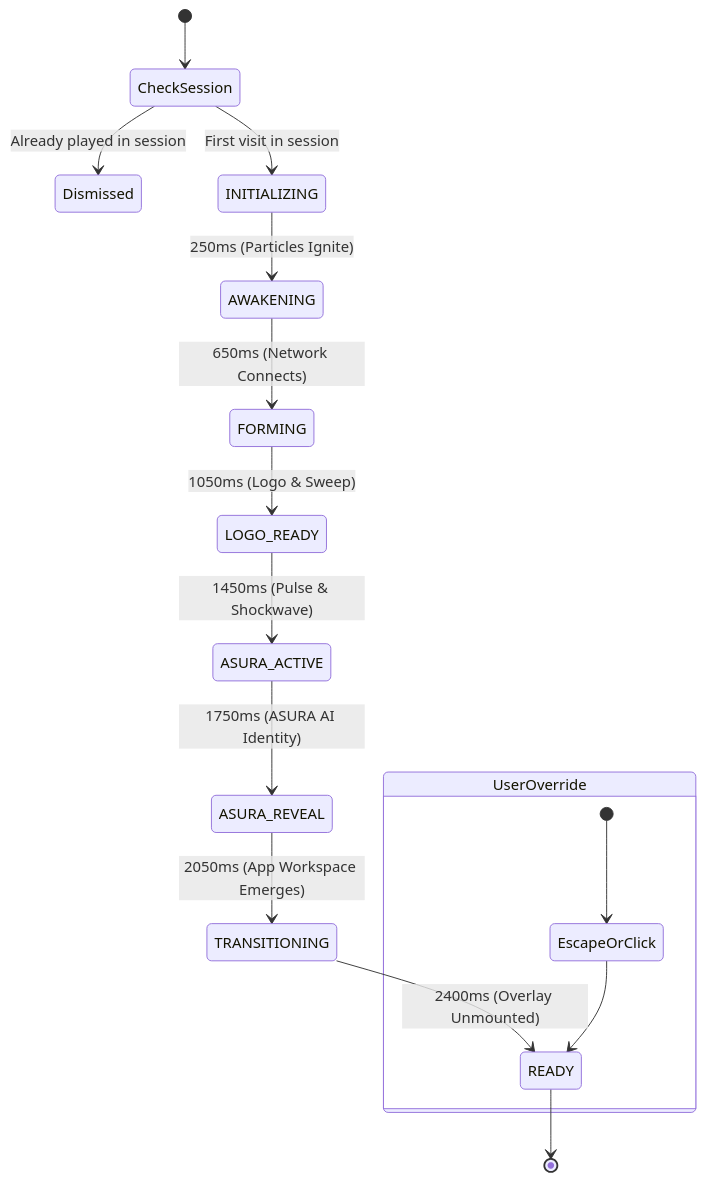
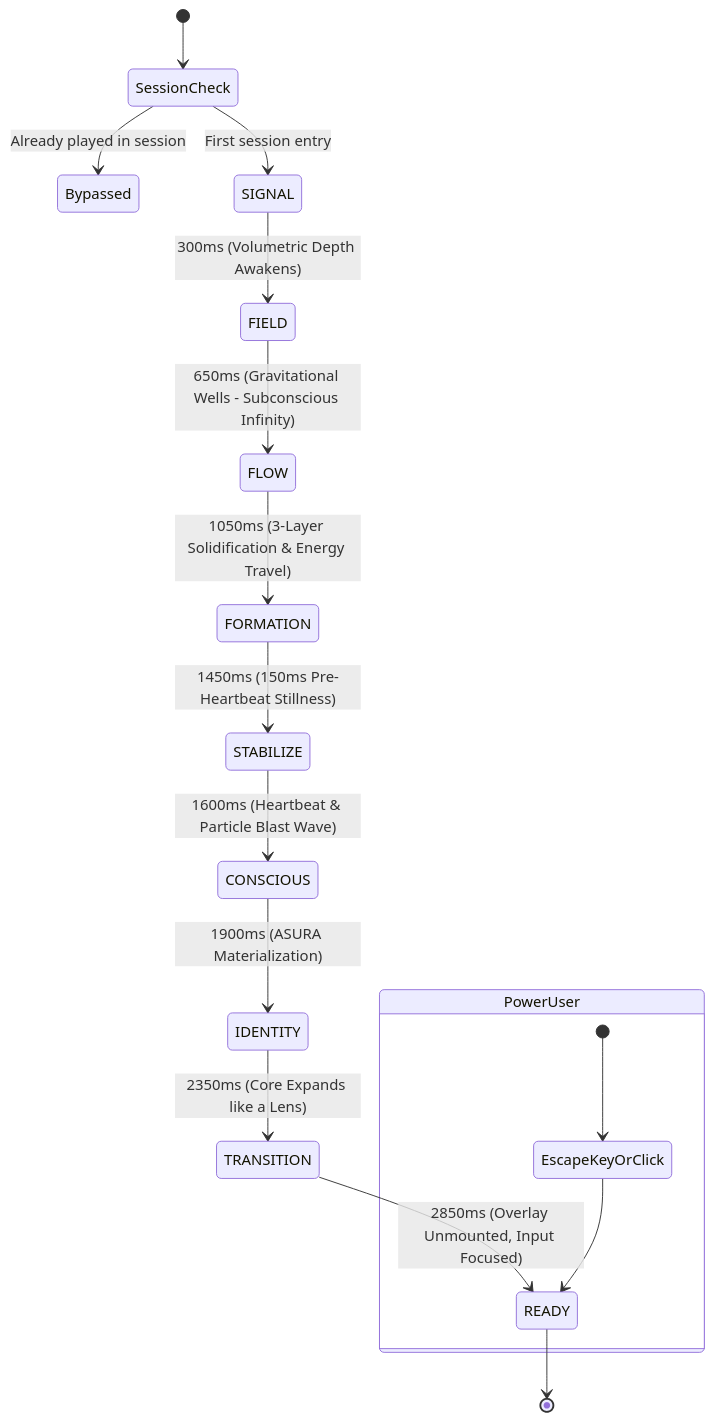
Before and after one commit to Suhash369/cretivra-ai: the diagram in docs/ASURA_CINEMATIC_OPENING_ANIMATION.md, drawn with Mermaid. The commit also changed other lines of this file and 11 other files, not shown here.

Commit message:
feat(animation): cinematic intelligence awakening v2 with volumetric depth, procedural flow fields, and consciousness pulse

````diff
--- a/docs/ASURA_CINEMATIC_OPENING_ANIMATION.md
+++ b/docs/ASURA_CINEMATIC_OPENING_ANIMATION.md
@@ -217,21 +174,22 @@
 ```mermaid
 stateDiagram-v2
-    [*] --> CheckSession
-    CheckSession --> Dismissed: Already played in session
-    CheckSession --> INITIALIZING: First visit in session
+    [*] --> SessionCheck
+    SessionCheck --> Bypassed: Already played in session
+    SessionCheck --> SIGNAL: First session entry
 
-    INITIALIZING --> AWAKENING: 250ms (Particles Ignite)
-    AWAKENING --> FORMING: 650ms (Network Connects)
-    FORMING --> LOGO_READY: 1050ms (Logo & Sweep)
-    LOGO_READY --> ASURA_ACTIVE: 1450ms (Pulse & Shockwave)
-    ASURA_ACTIVE --> ASURA_REVEAL: 1750ms (ASURA AI Identity)
-    ASURA_REVEAL --> TRANSITIONING: 2050ms (App Workspace Emerges)
-    TRANSITIONING --> READY: 2400ms (Overlay Unmounted)
+    SIGNAL --> FIELD: 300ms (Volumetric Depth Awakens)
+    FIELD --> FLOW: 650ms (Gravitational Wells - Subconscious Infinity)
+    FLOW --> FORMATION: 1050ms (3-Layer Solidification & Energy Travel)
+    FORMATION --> STABILIZE: 1450ms (150ms Pre-Heartbeat Stillness)
+    STABILIZE --> CONSCIOUS: 1600ms (Heartbeat & Particle Blast Wave)
+    CONSCIOUS --> IDENTITY: 1900ms (ASURA Materialization)
+    IDENTITY --> TRANSITION: 2350ms (Core Expands like a Lens)
+    TRANSITION --> READY: 2850ms (Overlay Unmounted, Input Focused)
 
     READY --> [*]
 
-    state UserOverride {
-        [*] --> EscapeOrClick
-        EscapeOrClick --> READY
+    state PowerUser {
+        [*] --> EscapeKeyOrClick
+        EscapeKeyOrClick --> READY
     }
 ```
````
